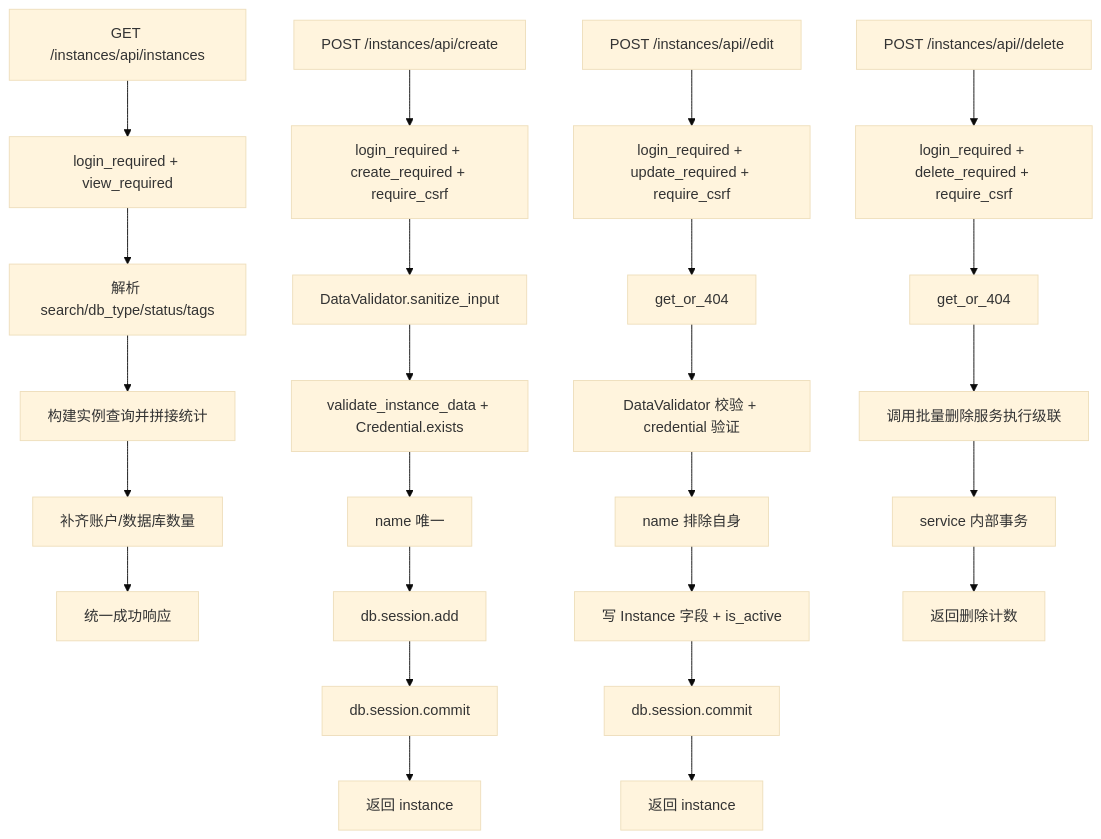
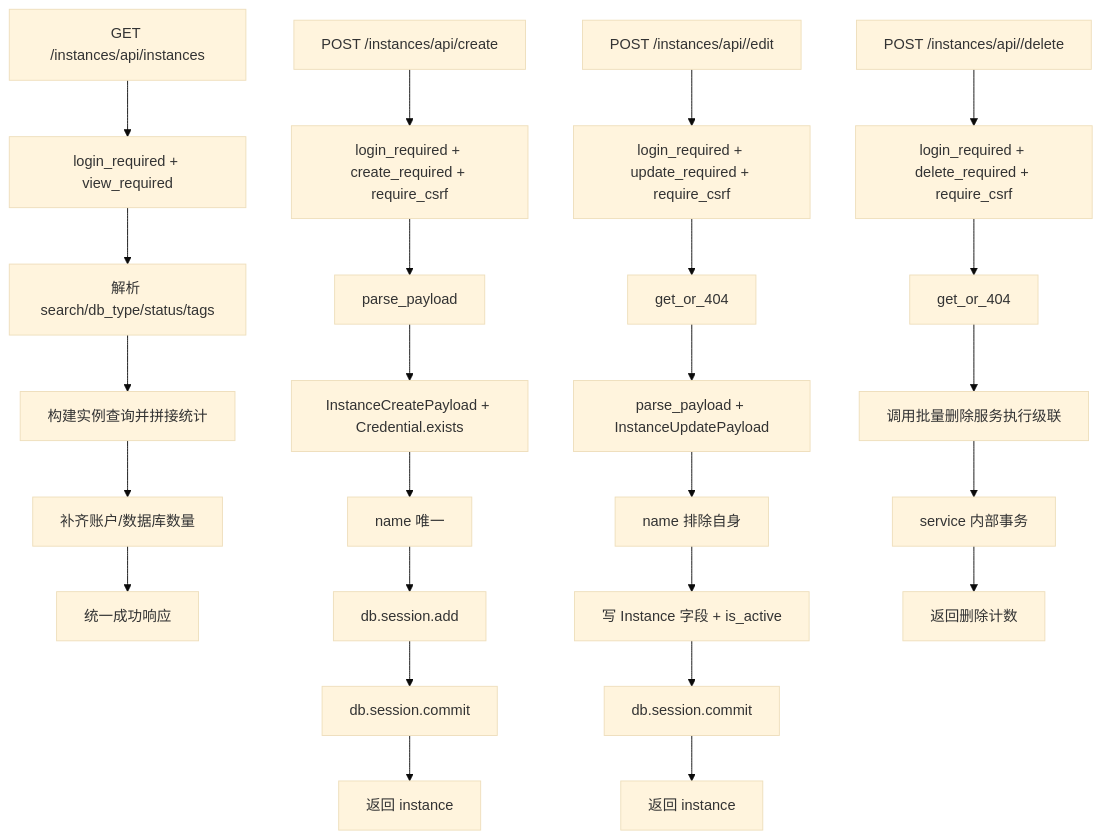
Before and after one commit to nyealovey/WhaleFall: the second of 8 diagrams in docs/architecture/flows/whalefall-standard-crud-flows.md, drawn with Mermaid (base theme). The commit also changed other lines of this file and 41 other files, not shown here.

````diff
--- a/docs/architecture/flows/whalefall-standard-crud-flows.md
+++ b/docs/architecture/flows/whalefall-standard-crud-flows.md
@@ -85,34 +85,34 @@
 ```mermaid
 flowchart TD
     ListI[GET /instances/api/instances]
     ListI --> AuthI[login_required + view_required]
     AuthI --> Filters[解析 search/db_type/status/tags]
     Filters --> QueryI[构建实例查询并拼接统计]
     QueryI --> Aggregate[补齐账户/数据库数量]
     Aggregate --> ListRespI[统一成功响应]
 
     CreateI[POST /instances/api/create]
     CreateI --> AuthCreate[login_required + create_required + require_csrf]
-    AuthCreate --> SanitizeI[DataValidator.sanitize_input]
-    SanitizeI --> ValidateI[validate_instance_data + Credential.exists]
+    AuthCreate --> SanitizeI[parse_payload]
+    SanitizeI --> ValidateI[InstanceCreatePayload + Credential.exists]
     ValidateI --> UniqueCheckI[name 唯一]
     UniqueCheckI --> InsertInstance[db.session.add]
     InsertInstance --> CommitI[db.session.commit]
     CommitI --> CreateRespI[返回 instance]
 
     UpdateI[POST /instances/api/<int:instance_id>/edit]
     UpdateI --> AuthUpdate[login_required + update_required + require_csrf]
     AuthUpdate --> LoadInst[get_or_404]
-    LoadInst --> SanitizeU[DataValidator 校验 + credential 验证]
+    LoadInst --> SanitizeU[parse_payload + InstanceUpdatePayload]
     SanitizeU --> UniqueCheckU[name 排除自身]
     UniqueCheckU --> ApplyChanges[写 Instance 字段 + is_active]
     ApplyChanges --> CommitU[db.session.commit]
     CommitU --> UpdateRespI[返回 instance]
 
     DeleteI[POST /instances/api/<int:instance_id>/delete]
     DeleteI --> AuthDelete[login_required + delete_required + require_csrf]
     AuthDelete --> LoadInstDel[get_or_404]
     LoadInstDel --> BatchSvc[调用批量删除服务执行级联]
     BatchSvc --> CommitDel[service 内部事务]
     CommitDel --> DeleteRespI[返回删除计数]
 ```
````
